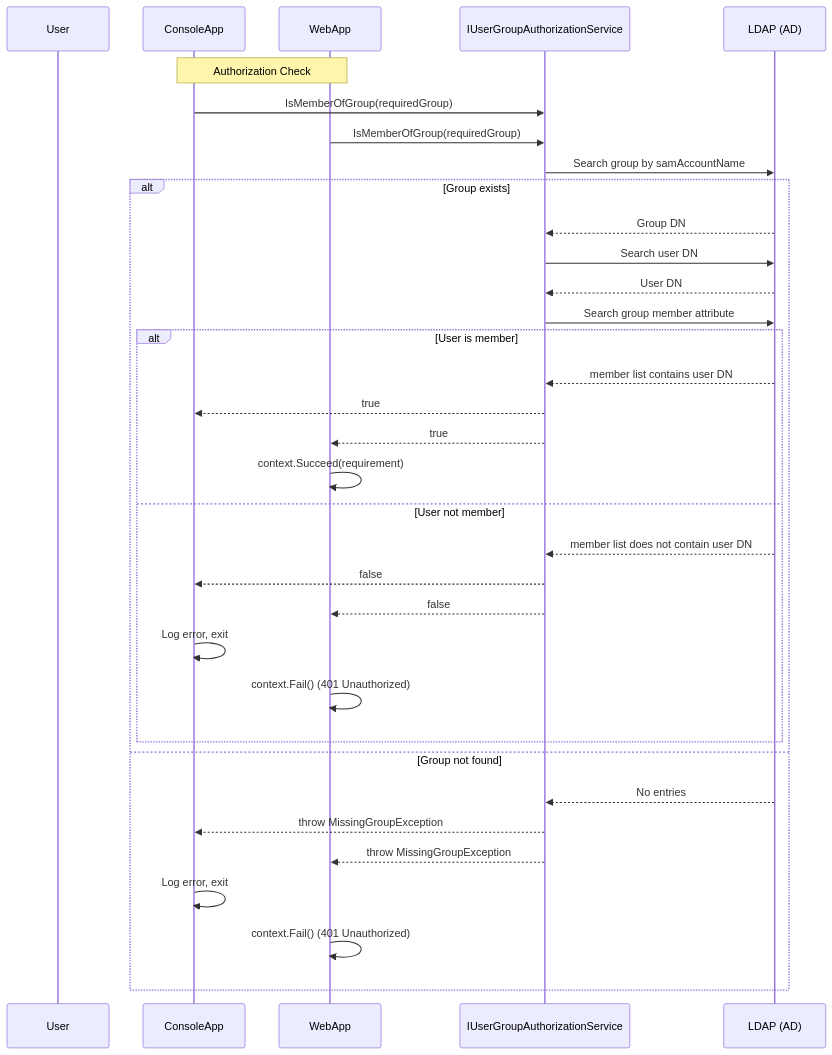
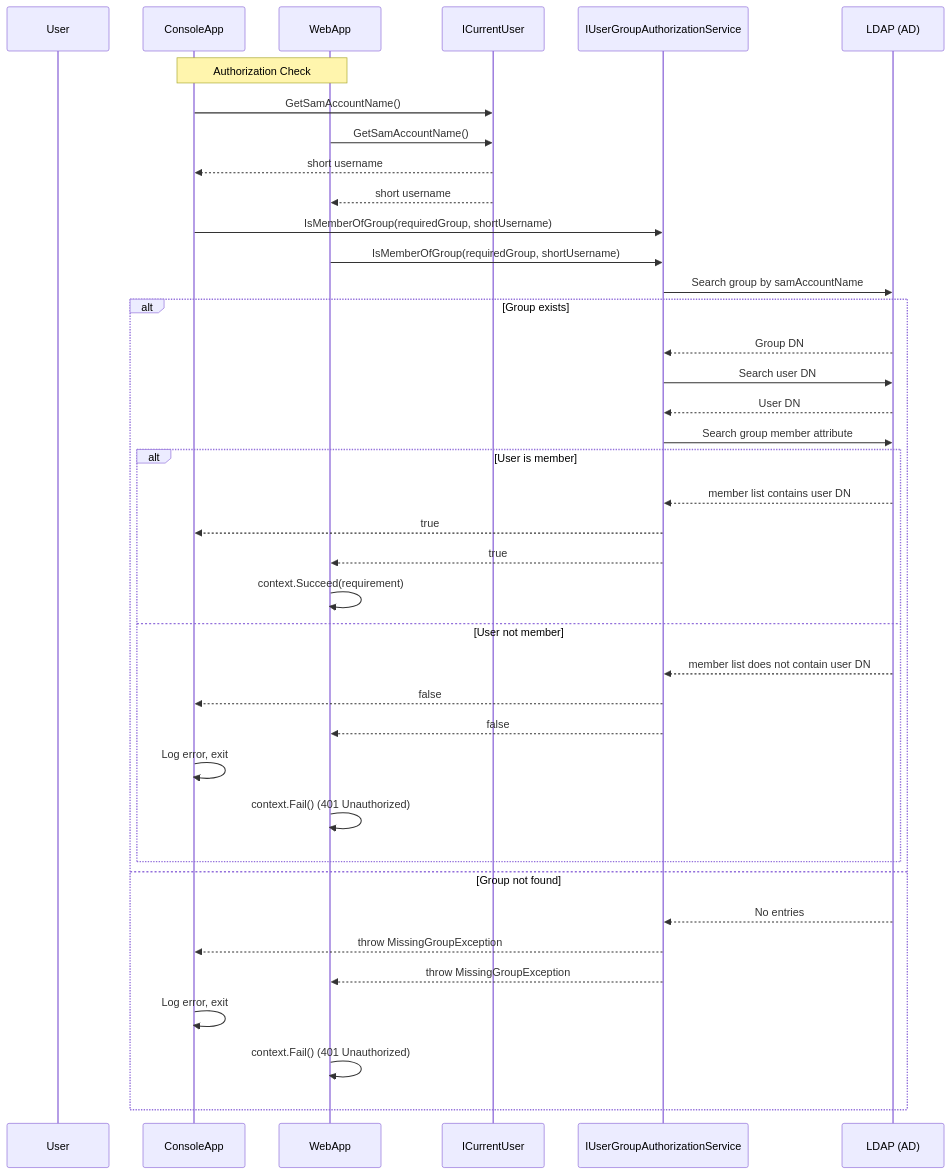
One commit to manuelfva/IA changed the second of 2 diagrams in memory-bank/systemPatterns.md. Above: the diagram before and after it, drawn with Mermaid. The commit also changed other lines of this file and 13 other files, not shown here.

First line of the commit message:
refactor(app): introduce ICurrentUser abstraction and fix IsMemberOfGroup LDAP bug

````diff
--- a/memory-bank/systemPatterns.md
+++ b/memory-bank/systemPatterns.md
@@ -217,38 +217,43 @@
 ```mermaid
 sequenceDiagram
     participant U as User
     participant C as ConsoleApp
     participant W as WebApp
+    participant CU as ICurrentUser
     participant A as IUserGroupAuthorizationService
     participant L as LDAP (AD)
 
     Note over C,W: Authorization Check
     
-    C->>A: IsMemberOfGroup(requiredGroup)
-    W->>A: IsMemberOfGroup(requiredGroup)
+    C->>CU: GetSamAccountName()
+    W->>CU: GetSamAccountName()
+    CU-->>C: short username
+    CU-->>W: short username
+    C->>A: IsMemberOfGroup(requiredGroup, shortUsername)
+    W->>A: IsMemberOfGroup(requiredGroup, shortUsername)
     A->>L: Search group by samAccountName
     alt Group exists
         L-->>A: Group DN
         A->>L: Search user DN
         L-->>A: User DN
         A->>L: Search group member attribute
         alt User is member
             L-->>A: member list contains user DN
             A-->>C: true
             A-->>W: true
             W->>W: context.Succeed(requirement)
         else User not member
             L-->>A: member list does not contain user DN
             A-->>C: false
             A-->>W: false
             C->>C: Log error, exit
             W->>W: context.Fail() (401 Unauthorized)
         end
     else Group not found
         L-->>A: No entries
         A-->>C: throw MissingGroupException
         A-->>W: throw MissingGroupException
         C->>C: Log error, exit
         W->>W: context.Fail() (401 Unauthorized)
     end
 ```
````
